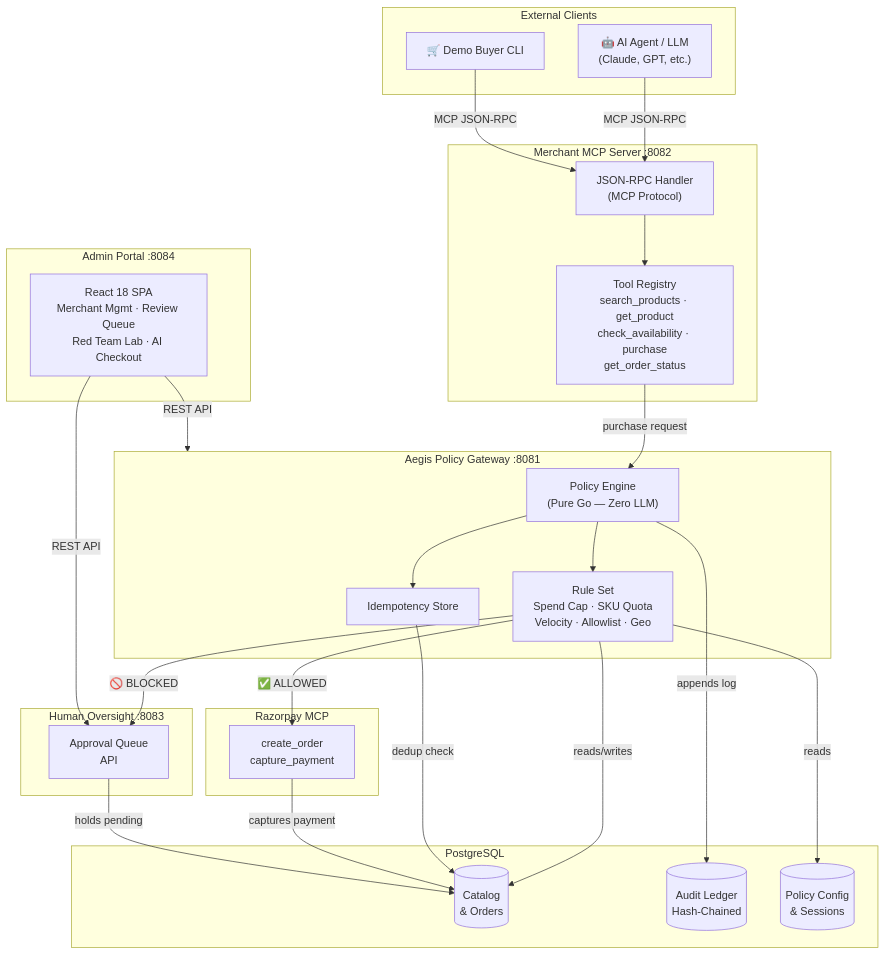
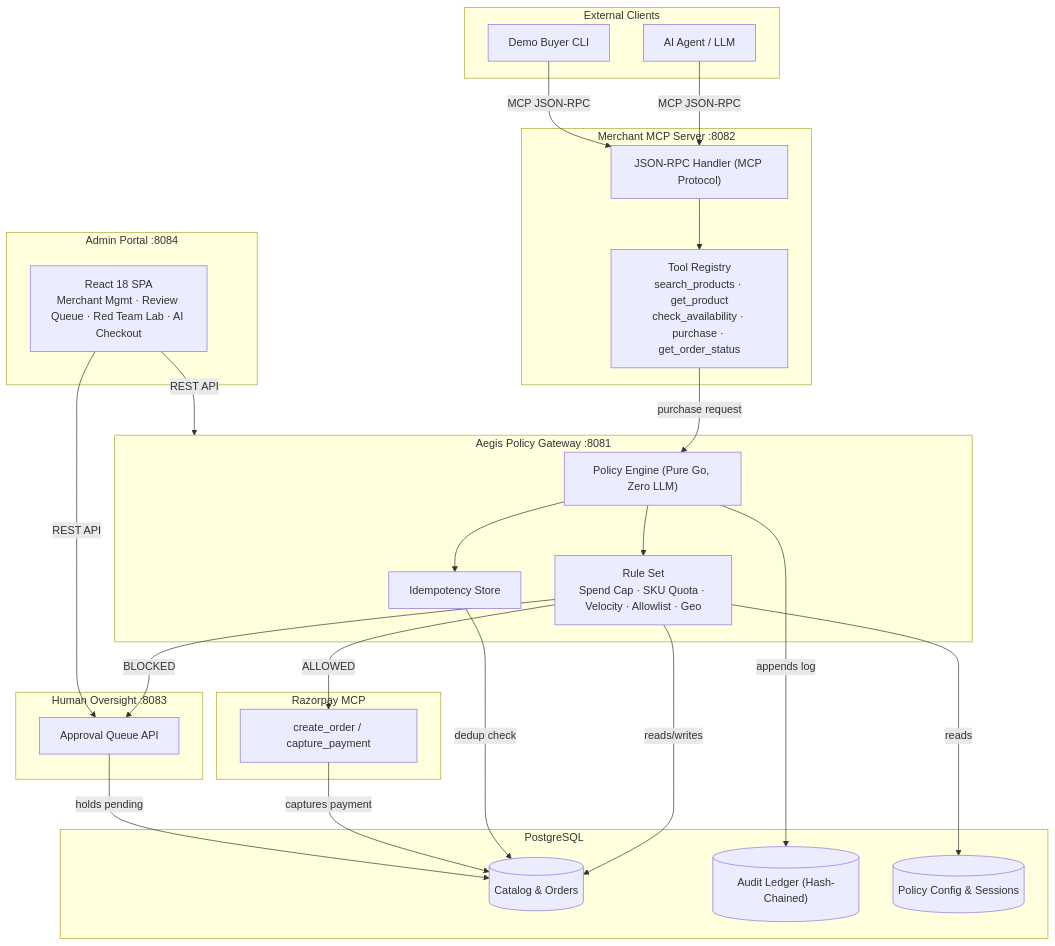
The diagram in README.md (NKS01X/Nexus), drawn with Mermaid before and after one commit. The commit also changed other lines of this file, not shown here.

````diff
--- a/README.md
+++ b/README.md
@@ -87,53 +72,53 @@
 ```mermaid
 flowchart TD
     subgraph External["External Clients"]
-        A["🤖 AI Agent / LLM\n(Claude, GPT, etc.)"]
-        B["🛒 Demo Buyer CLI"]
+        A["AI Agent / LLM"]
+        B["Demo Buyer CLI"]
     end
 
     subgraph MCP["Merchant MCP Server :8082"]
-        C["JSON-RPC Handler\n(MCP Protocol)"]
-        D["Tool Registry\nsearch_products · get_product\ncheck_availability · purchase\nget_order_status"]
+        C["JSON-RPC Handler (MCP Protocol)"]
+        D["Tool Registry\nsearch_products · get_product\ncheck_availability · purchase · get_order_status"]
     end
 
     subgraph Aegis["Aegis Policy Gateway :8081"]
-        E["Policy Engine\n(Pure Go — Zero LLM)"]
-        F["Rule Set\nSpend Cap · SKU Quota\nVelocity · Allowlist · Geo"]
+        E["Policy Engine (Pure Go, Zero LLM)"]
+        F["Rule Set\nSpend Cap · SKU Quota · Velocity · Allowlist · Geo"]
         G["Idempotency Store"]
     end
 
     subgraph Storage["PostgreSQL"]
-        H[("Catalog\n& Orders")]
-        I[("Audit Ledger\nHash-Chained")]
-        J[("Policy Config\n& Sessions")]
+        H[("Catalog & Orders")]
+        I[("Audit Ledger (Hash-Chained)")]
+        J[("Policy Config & Sessions")]
     end
 
     subgraph Razorpay["Razorpay MCP"]
-        K["create_order\ncapture_payment"]
+        K["create_order / capture_payment"]
     end
 
     subgraph Oversight["Human Oversight :8083"]
-        L["Approval Queue\nAPI"]
+        L["Approval Queue API"]
     end
 
     subgraph Portal["Admin Portal :8084"]
-        M["React 18 SPA\nMerchant Mgmt · Review Queue\nRed Team Lab · AI Checkout"]
+        M["React 18 SPA\nMerchant Mgmt · Review Queue · Red Team Lab · AI Checkout"]
     end
 
     A -->|"MCP JSON-RPC"| C
     B -->|"MCP JSON-RPC"| C
     C --> D
     D -->|"purchase request"| E
     E --> F
     F -->|"reads/writes"| H
     F -->|"reads"| J
     E --> G
     G -->|"dedup check"| H
-    F -->|"✅ ALLOWED"| K
-    F -->|"🚫 BLOCKED"| L
+    F -->|"ALLOWED"| K
+    F -->|"BLOCKED"| L
     K -->|"captures payment"| H
     E -->|"appends log"| I
     L -->|"holds pending"| H
     M -->|"REST API"| Aegis
     M -->|"REST API"| L
 ```
````
